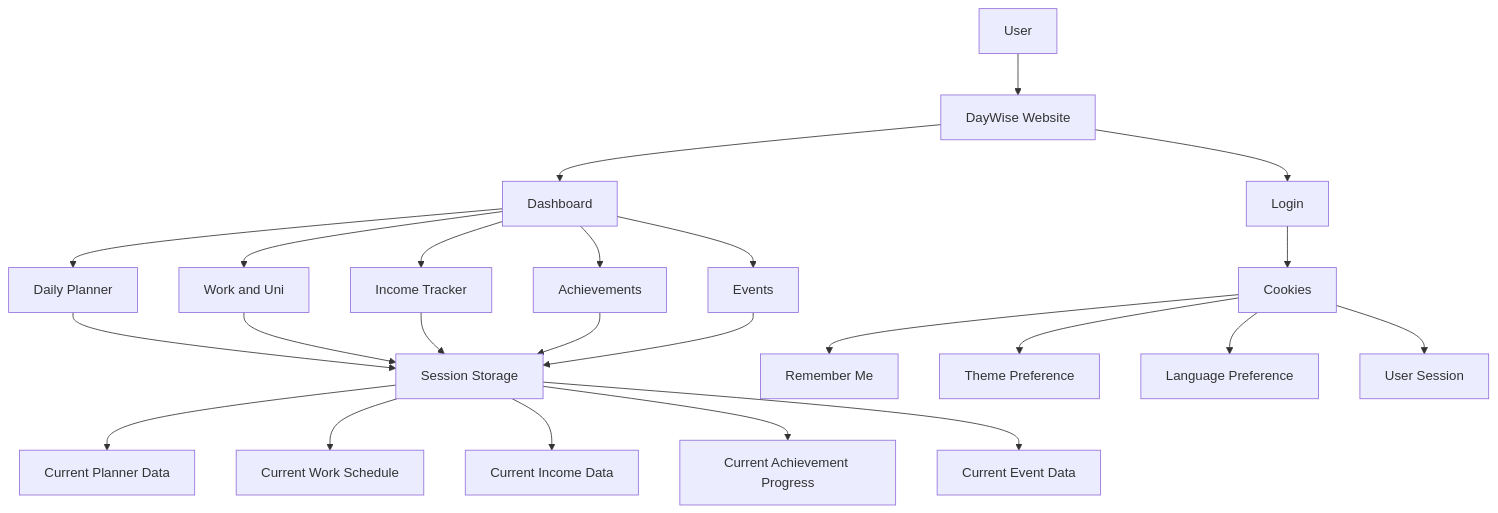
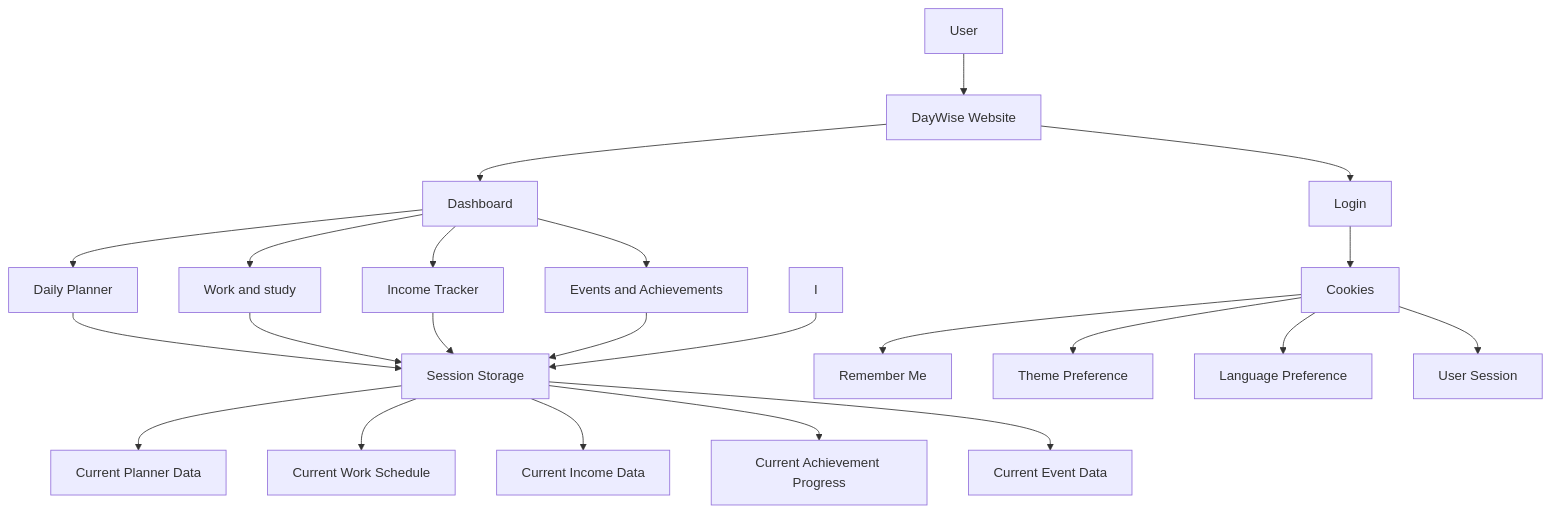
One commit to prabash0810/Group-A-C.S.D changed the diagram in README.md. Above: the diagram before and after it, drawn with Mermaid.

Commit message:
Update README.md
uni will be only for university student whereas if we write study it will target all people.

````diff
--- a/README.md
+++ b/README.md
@@ -3,35 +3,34 @@
 ```mermaid
 graph TD
 
     A[User] --> B[DayWise Website]
 
     B --> C[Login]
     B --> D[Dashboard]
 
     D --> E[Daily Planner]
-    D --> F[Work and Uni]
+    D --> F[Work and study]
     D --> G[Income Tracker]
-    D --> H[Achievements]
-    D --> I[Events]
+    D --> H[Events and Achievements]
 
     %% Session Storage
     E --> J[Session Storage]
     F --> J
     G --> J
     H --> J
     I --> J
 
     J --> J1[Current Planner Data]
     J --> J2[Current Work Schedule]
     J --> J3[Current Income Data]
     J --> J4[Current Achievement Progress]
     J --> J5[Current Event Data]
 
     %% Cookies
     C --> K[Cookies]
 
     K --> K1[Remember Me]
     K --> K2[Theme Preference]
     K --> K3[Language Preference]
     K --> K4[User Session]
 ```
````
